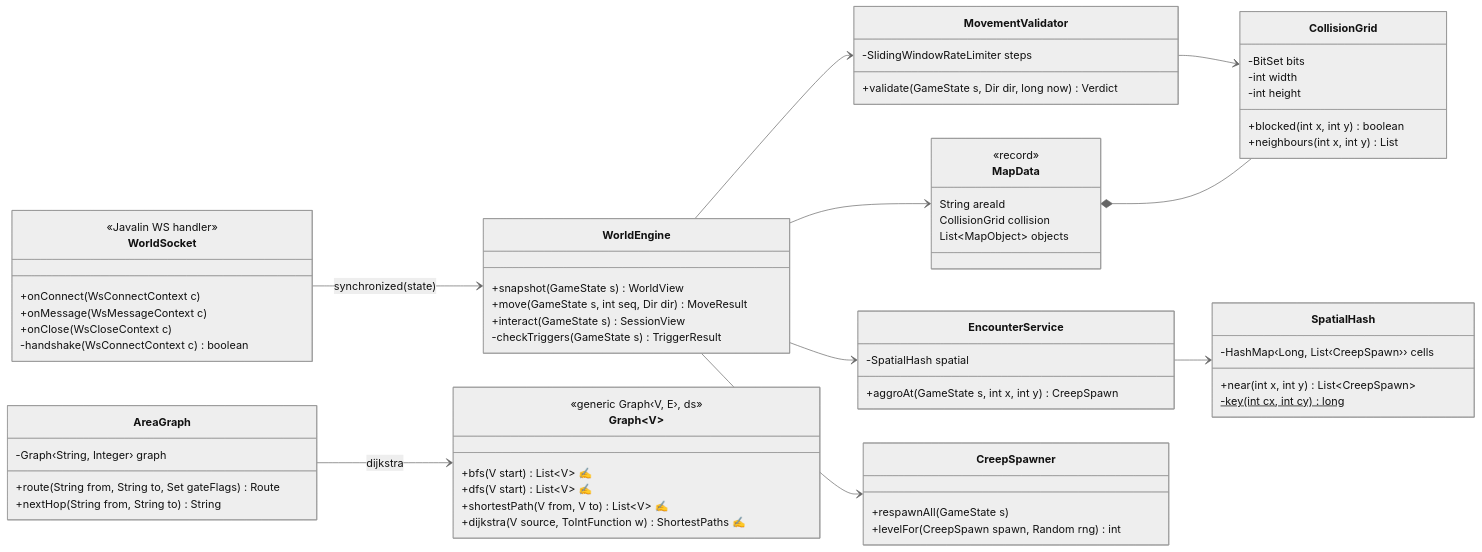
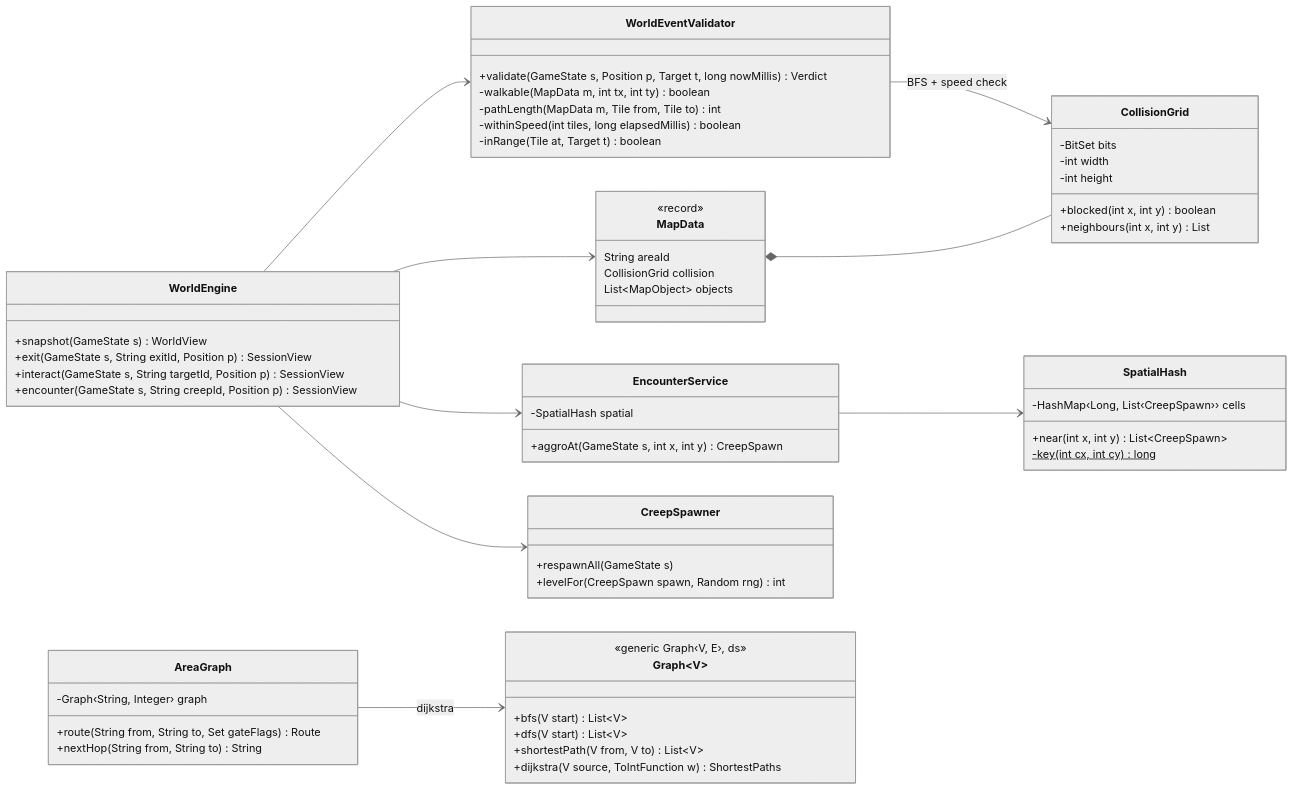
One commit to Shiven23-coder/shardbound changed the fifth of 8 diagrams in docs/diagrams/class-diagram-v2.md. Above: the diagram before and after it, drawn with Mermaid (neutral theme). The commit also changed other lines of this file and 239 other files, not shown here.

````diff
--- a/docs/diagrams/class-diagram-v2.md
+++ b/docs/diagrams/class-diagram-v2.md
@@ -113,69 +294,64 @@
 ```mermaid
 classDiagram
     direction LR
     class WorldEngine {
         +snapshot(GameState s) WorldView
-        +move(GameState s, int seq, Dir dir) MoveResult
-        +interact(GameState s) SessionView
-        -checkTriggers(GameState s) TriggerResult
+        +exit(GameState s, String exitId, Position p) SessionView
+        +interact(GameState s, String targetId, Position p) SessionView
+        +encounter(GameState s, String creepId, Position p) SessionView
     }
-    class MovementValidator {
-        -SlidingWindowRateLimiter steps
-        +validate(GameState s, Dir dir, long now) Verdict
+    class WorldEventValidator {
+        +validate(GameState s, Position p, Target t, long nowMillis) Verdict
+        -walkable(MapData m, int tx, int ty) boolean
+        -pathLength(MapData m, Tile from, Tile to) int
+        -withinSpeed(int tiles, long elapsedMillis) boolean
+        -inRange(Tile at, Target t) boolean
     }
     class CollisionGrid {
         -BitSet bits
         -int width
         -int height
         +blocked(int x, int y) boolean
         +neighbours(int x, int y) List
     }
     class MapData {
         <<record>>
         String areaId
         CollisionGrid collision
         List~MapObject~ objects
     }
     class AreaGraph {
         -Graph‹String, Integer› graph
         +route(String from, String to, Set gateFlags) Route
         +nextHop(String from, String to) String
     }
     class EncounterService {
         -SpatialHash spatial
         +aggroAt(GameState s, int x, int y) CreepSpawn
     }
     class SpatialHash {
         -HashMap‹Long, List‹CreepSpawn›› cells
         +near(int x, int y) List~CreepSpawn~
         -key(int cx, int cy)$ long
     }
     class CreepSpawner {
         +respawnAll(GameState s)
         +levelFor(CreepSpawn spawn, Random rng) int
     }
-    class WorldSocket {
-        <<Javalin WS handler>>
-        +onConnect(WsConnectContext c)
-        +onMessage(WsMessageContext c)
-        +onClose(WsCloseContext c)
-        -handshake(WsConnectContext c) boolean
-    }
     class Graph~V~ {
         <<generic Graph‹V, E›, ds>>
-        +bfs(V start) List~V~ ✍
-        +dfs(V start) List~V~ ✍
-        +shortestPath(V from, V to) List~V~ ✍
-        +dijkstra(V source, ToIntFunction w) ShortestPaths ✍
+        +bfs(V start) List~V~
+        +dfs(V start) List~V~
+        +shortestPath(V from, V to) List~V~
+        +dijkstra(V source, ToIntFunction w) ShortestPaths
     }
 
-    WorldSocket --> WorldEngine : synchronized(state)
-    WorldEngine --> MovementValidator
+    WorldEngine --> WorldEventValidator
     WorldEngine --> EncounterService
     WorldEngine --> CreepSpawner
     WorldEngine --> MapData
-    MovementValidator --> CollisionGrid
+    WorldEventValidator --> CollisionGrid : BFS + speed check
     MapData *-- CollisionGrid
     EncounterService --> SpatialHash
     AreaGraph --> Graph : dijkstra
 ```
````
